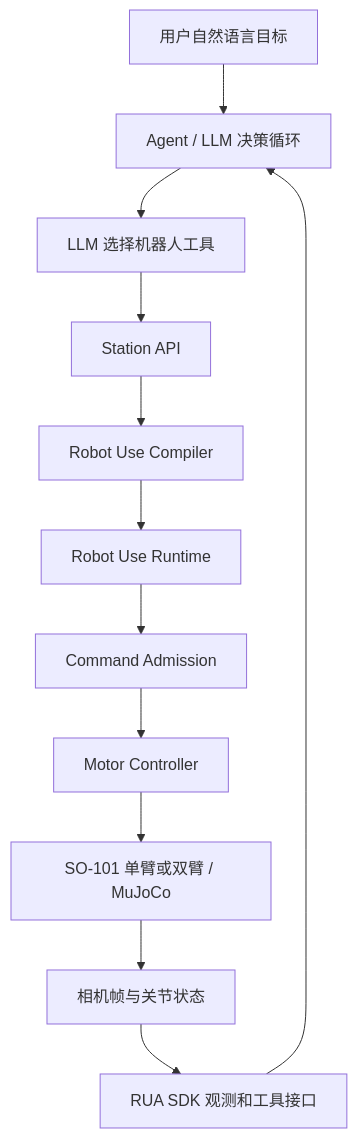
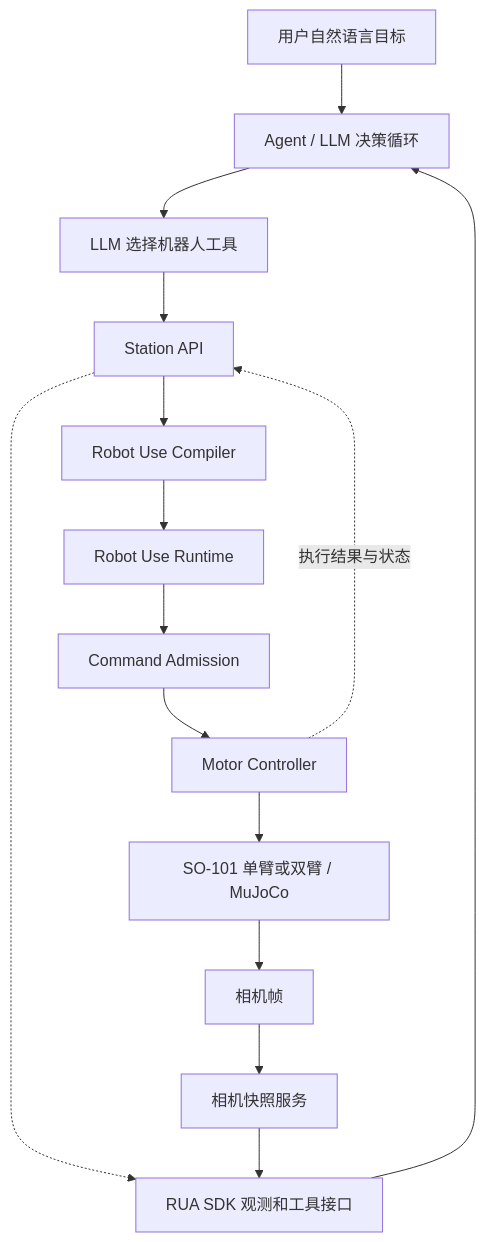
One commit to ImChong/Robotics_Notebooks changed the first of 2 diagrams in wiki/entities/hebbian-rua.md. Above: the diagram before and after it, drawn with Mermaid. The commit also changed other lines of this file and 29 other files, not shown here.

````diff
--- a/wiki/entities/hebbian-rua.md
+++ b/wiki/entities/hebbian-rua.md
@@ -60,14 +62,18 @@
 ```mermaid
 flowchart TD
   Goal["用户自然语言目标"] --> Loop["Agent / LLM 决策循环"]
-  Camera["相机帧与关节状态"] --> SDK["RUA SDK 观测和工具接口"]
+  SDK["RUA SDK 观测和工具接口"]
   SDK --> Loop
   Loop --> Tools["LLM 选择机器人工具"]
   Tools --> API["Station API"]
   API --> Compiler["Robot Use Compiler"]
   Compiler --> Runtime["Robot Use Runtime"]
   Runtime --> Admission["Command Admission"]
   Admission --> Motor["Motor Controller"]
   Motor --> Arm["SO-101 单臂或双臂 / MuJoCo"]
-  Arm --> Camera
+  Arm --> Camera["相机帧"]
+  Motor -.->|"执行结果与状态"| API
+  API -.-> SDK
+  Camera --> Media["相机快照服务"]
+  Media --> SDK
 ```
````
